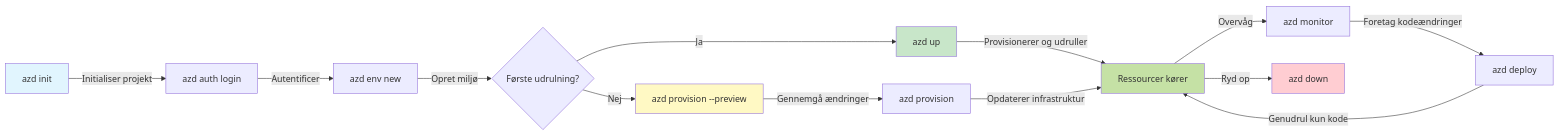
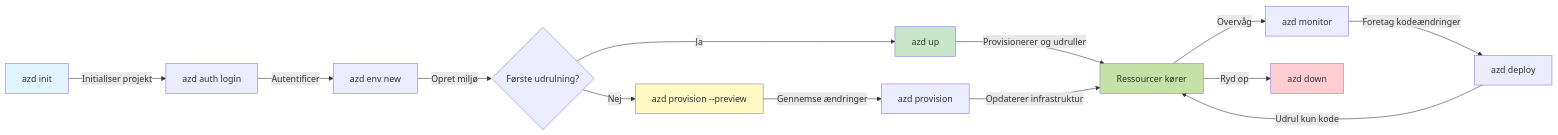
One commit to microsoft/AZD-for-beginners changed the first of 2 diagrams in translations/da/docs/chapter-01-foundation/azd-basics.md. Above: the diagram before and after it, drawn with Mermaid. The commit also changed other lines of this file and 101 other files, not shown here.

````diff
--- a/translations/da/docs/chapter-01-foundation/azd-basics.md
+++ b/translations/da/docs/chapter-01-foundation/azd-basics.md
@@ -254,21 +269,21 @@
 ```mermaid
 graph LR
     A[azd init] -->|Initialiser projekt| B[azd auth login]
     B -->|Autentificer| C[azd env new]
     C -->|Opret miljø| D{Første udrulning?}
     D -->|Ja| E[azd up]
     D -->|Nej| F[azd provision --preview]
-    F -->|Gennemgå ændringer| G[azd provision]
+    F -->|Gennemse ændringer| G[azd provision]
     E -->|Provisionerer og udruller| H[Ressourcer kører]
     G -->|Opdaterer infrastruktur| H
     H -->|Overvåg| I[azd monitor]
     I -->|Foretag kodeændringer| J[azd deploy]
-    J -->|Genudrul kun kode| H
+    J -->|Udrul kun kode| H
     H -->|Ryd op| K[azd down]
     
     style A fill:#e1f5fe
     style E fill:#c8e6c9
     style F fill:#fff9c4
     style H fill:#c5e1a5
     style K fill:#ffcdd2
 ```
````
